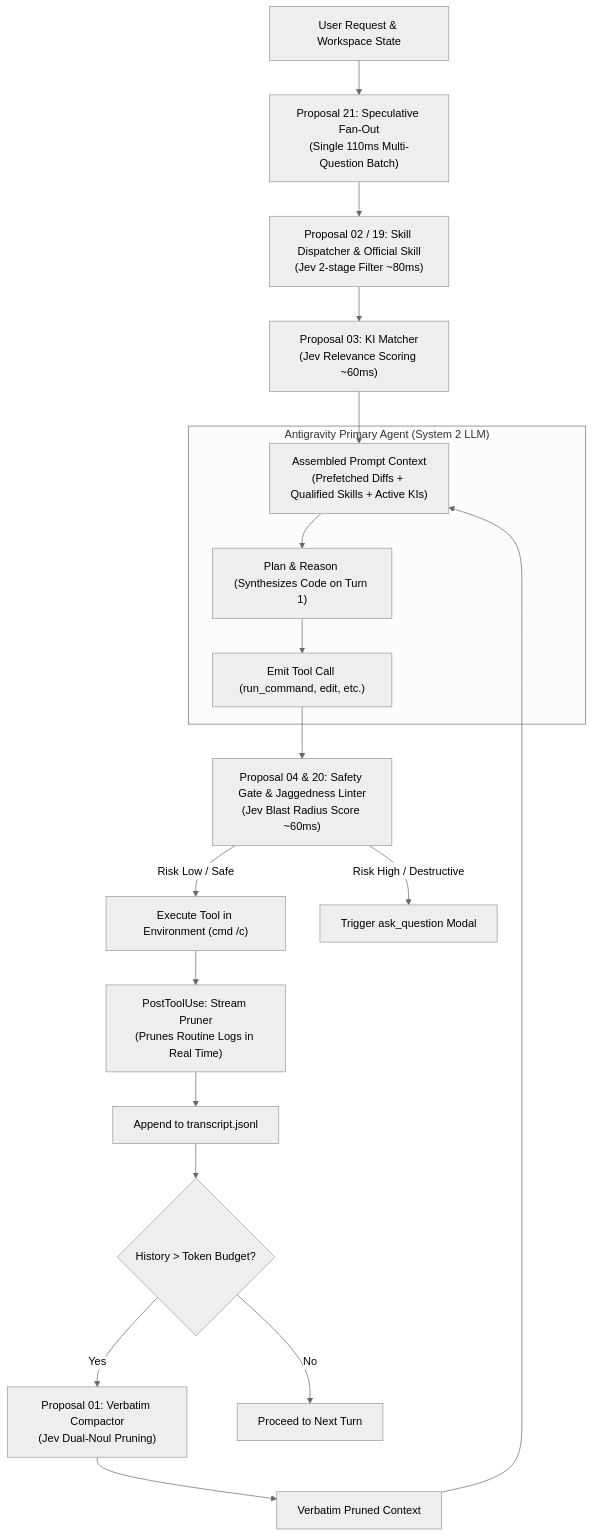
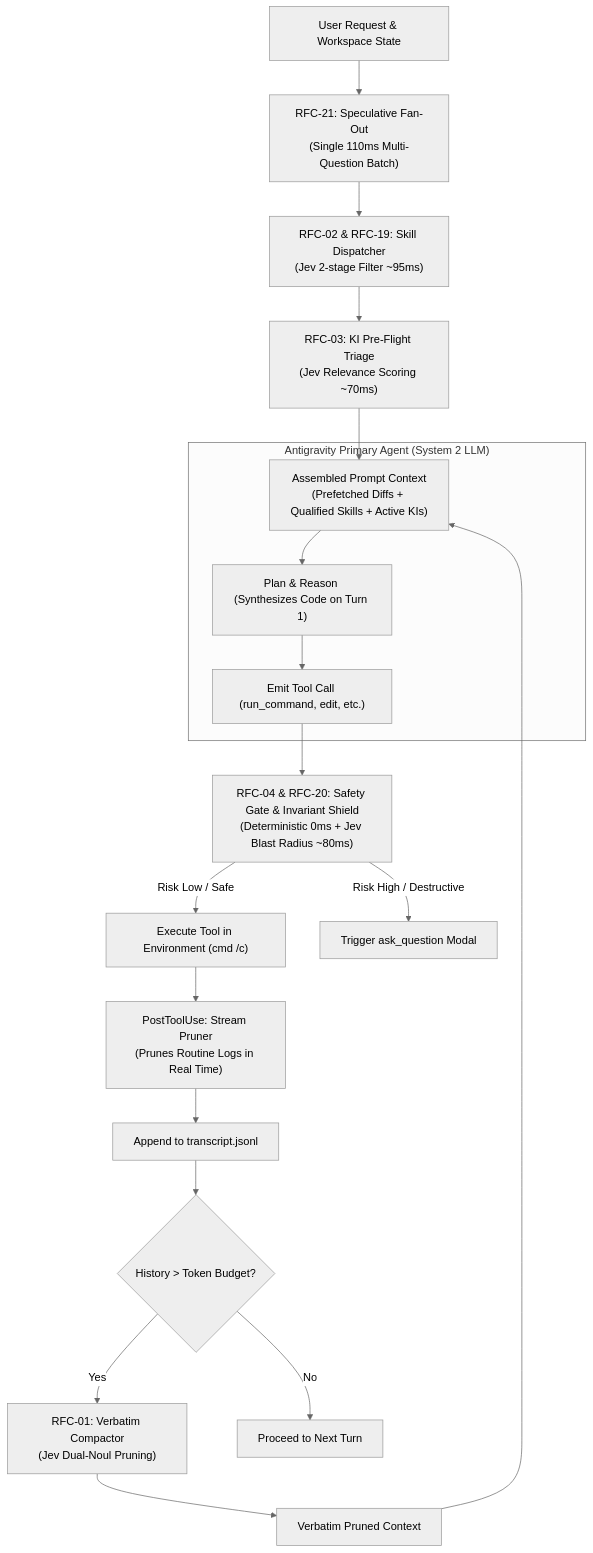
The diagram in proposals/README.md (Ajasra/jev-hooks), drawn with Mermaid (neutral theme) before and after one commit. The commit also changed other lines of this file and 31 other files, not shown here.

````diff
--- a/proposals/README.md
+++ b/proposals/README.md
@@ -112,26 +70,26 @@
 ```mermaid
 flowchart TD
-    UserTurn["User Request & Workspace State"] --> SpeculativeGate["Proposal 21: Speculative Fan-Out<br/>(Single 110ms Multi-Question Batch)"]
-    SpeculativeGate --> SkillGate["Proposal 02 / 19: Skill Dispatcher & Official Skill<br/>(Jev 2-stage Filter ~80ms)"]
-    SkillGate --> KIGate["Proposal 03: KI Matcher<br/>(Jev Relevance Scoring ~60ms)"]
+    UserTurn["User Request & Workspace State"] --> SpeculativeGate["RFC-21: Speculative Fan-Out<br/>(Single 110ms Multi-Question Batch)"]
+    SpeculativeGate --> SkillGate["RFC-02 & RFC-19: Skill Dispatcher<br/>(Jev 2-stage Filter ~95ms)"]
+    SkillGate --> KIGate["RFC-03: KI Pre-Flight Triage<br/>(Jev Relevance Scoring ~70ms)"]
     
     KIGate --> AssembledContext["Assembled Prompt Context<br/>(Prefetched Diffs + Qualified Skills + Active KIs)"]
     
     subgraph AntigravityCore ["Antigravity Primary Agent (System 2 LLM)"]
         AssembledContext --> AgentThink["Plan & Reason (Synthesizes Code on Turn 1)"]
         AgentThink --> ToolCallRequest["Emit Tool Call (run_command, edit, etc.)"]
     end
     
-    ToolCallRequest --> SafetyGate["Proposal 04 & 20: Safety Gate & Jaggedness Linter<br/>(Jev Blast Radius Score ~60ms)"]
+    ToolCallRequest --> SafetyGate["RFC-04 & RFC-20: Safety Gate & Invariant Shield<br/>(Deterministic 0ms + Jev Blast Radius ~80ms)"]
     SafetyGate -->|Risk Low / Safe| ExecuteTool["Execute Tool in Environment (cmd /c)"]
     SafetyGate -->|Risk High / Destructive| AskUser["Trigger ask_question Modal"]
     
     ExecuteTool --> StreamPruner["PostToolUse: Stream Pruner<br/>(Prunes Routine Logs in Real Time)"]
     StreamPruner --> TranscriptLogger["Append to transcript.jsonl"]
     TranscriptLogger --> CompactionTrigger{"History > Token Budget?"}
     
-    CompactionTrigger -->|Yes| Compactor["Proposal 01: Verbatim Compactor<br/>(Jev Dual-Noul Pruning)"]
+    CompactionTrigger -->|Yes| Compactor["RFC-01: Verbatim Compactor<br/>(Jev Dual-Noul Pruning)"]
     Compactor --> CleanHistory["Verbatim Pruned Context"]
     CleanHistory --> AssembledContext
     CompactionTrigger -->|No| NextTurn["Proceed to Next Turn"]
 ```
````
